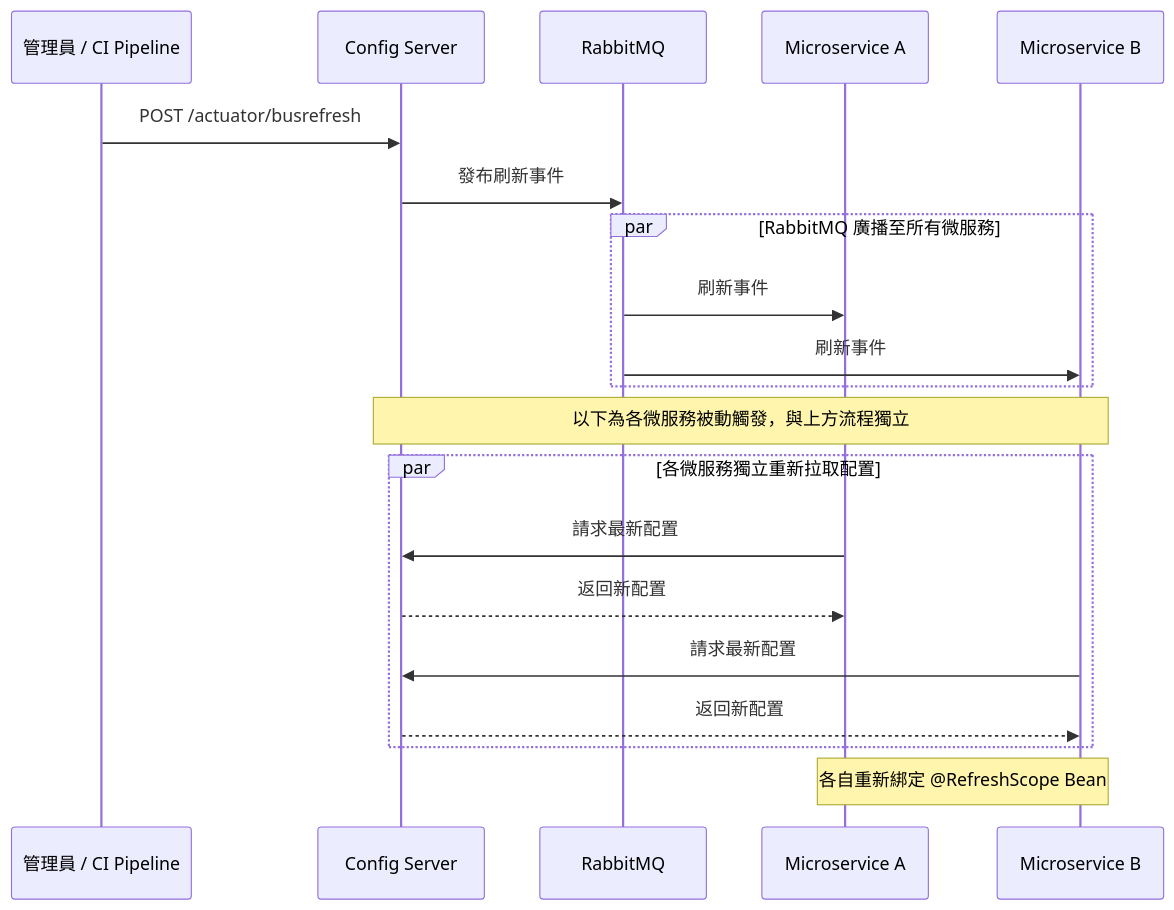
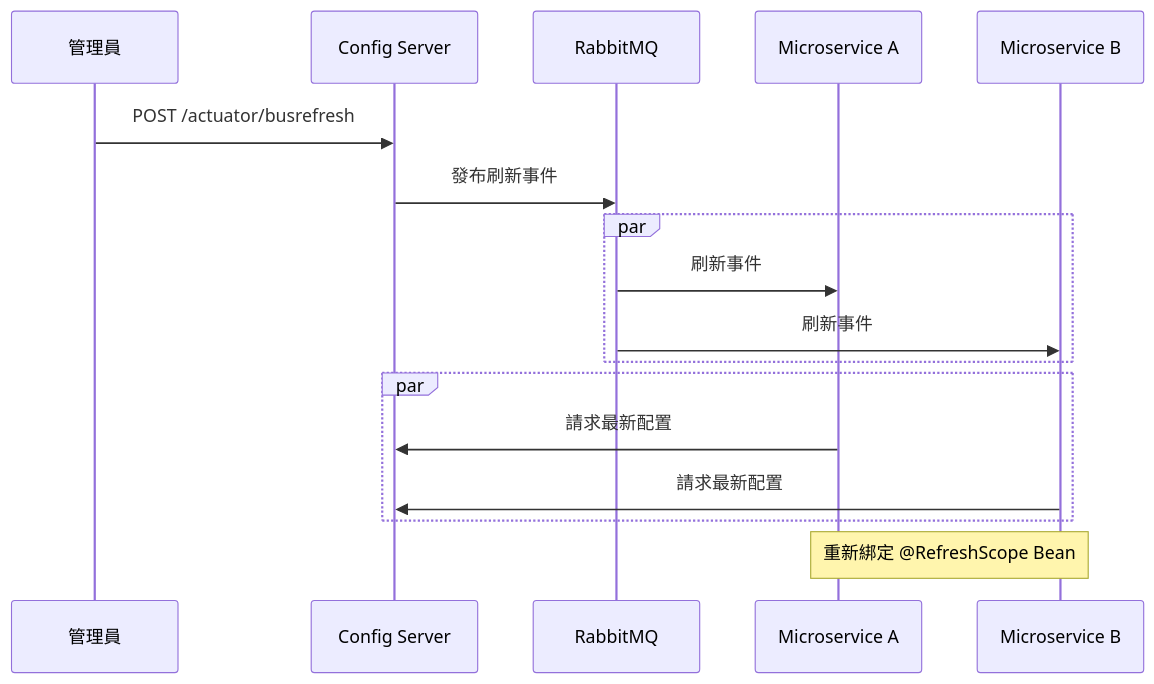
One commit to dct198623/configservice changed the second of 2 diagrams in README.md. Above: the diagram before and after it, drawn with Mermaid. The commit also changed other lines of this file and 12 other files, not shown here.

````diff
--- a/README.md
+++ b/README.md
@@ -47,26 +62,19 @@
 ```mermaid
 sequenceDiagram
-    participant Admin as 管理員 / CI Pipeline
+    participant Admin as 管理員
     participant CS as Config Server
     participant MQ as RabbitMQ
     participant MSA as Microservice A
     participant MSB as Microservice B
     Admin ->> CS: POST /actuator/busrefresh
     CS ->> MQ: 發布刷新事件
-
-    par RabbitMQ 廣播至所有微服務
+    par
         MQ ->> MSA: 刷新事件
         MQ ->> MSB: 刷新事件
     end
-
-    Note over CS, MSB: 以下為各微服務被動觸發，與上方流程獨立
-
-    par 各微服務獨立重新拉取配置
+    par
         MSA ->> CS: 請求最新配置
-        CS -->> MSA: 返回新配置
         MSB ->> CS: 請求最新配置
-        CS -->> MSB: 返回新配置
     end
-
-    Note over MSA, MSB: 各自重新綁定 @RefreshScope Bean
+    Note over MSA, MSB: 重新綁定 @RefreshScope Bean
 ```
````
